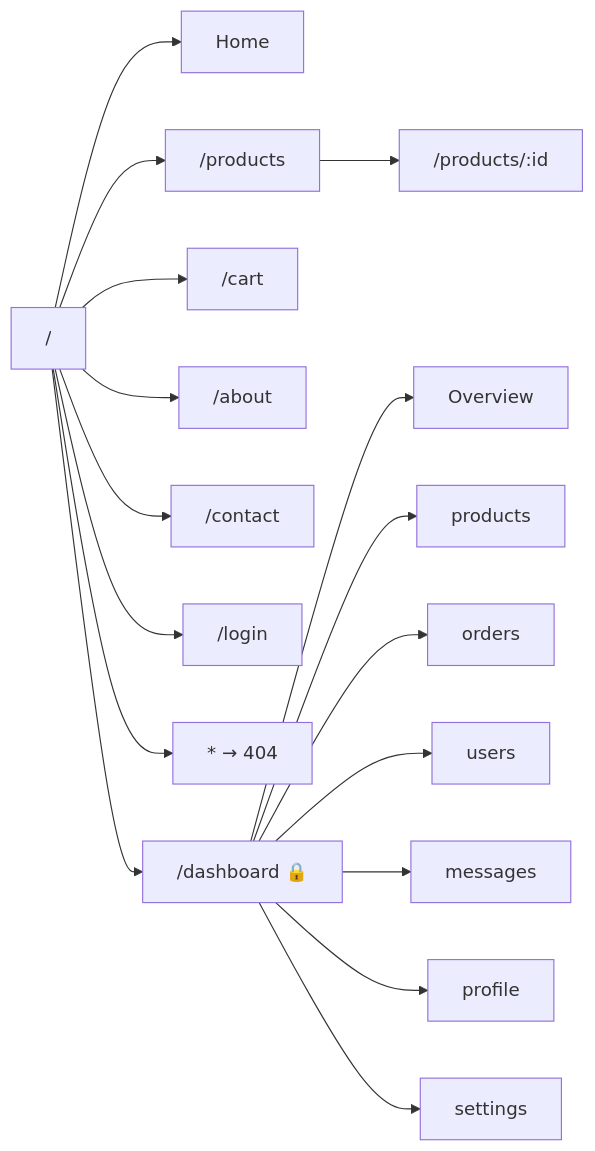
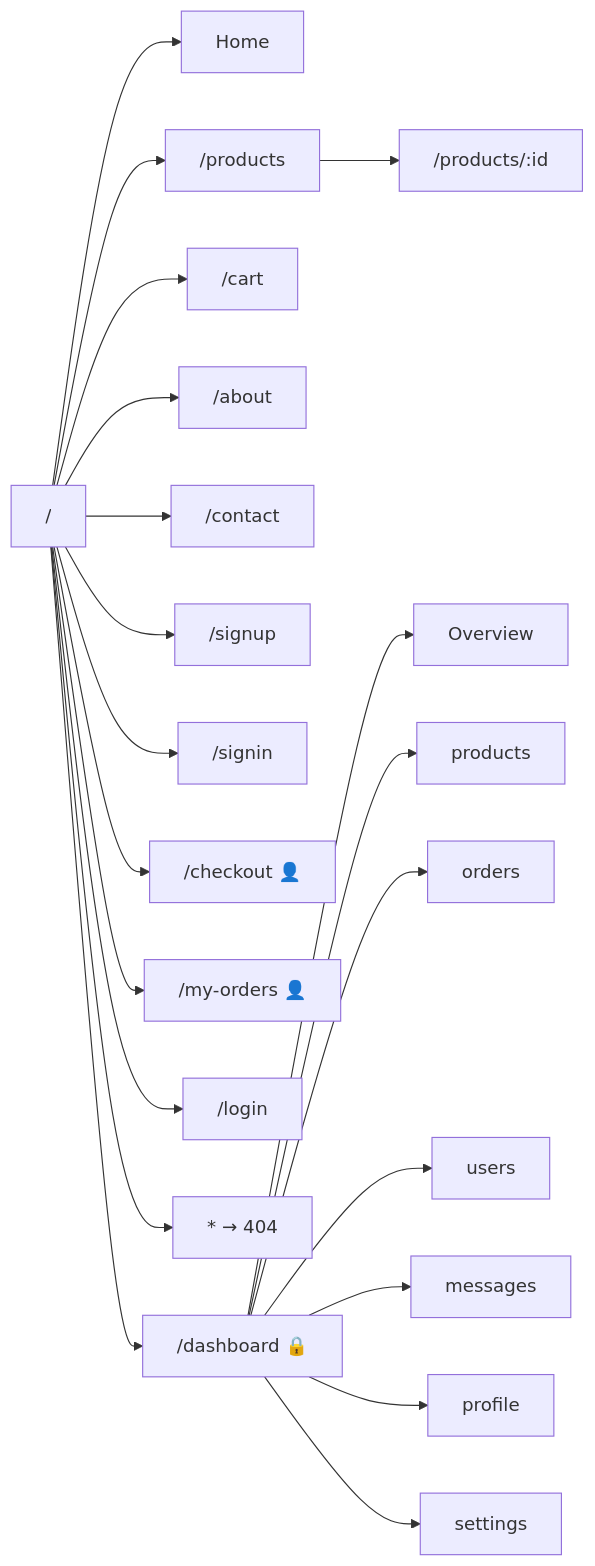
Before and after one commit to HassamKhan0826/React-E-Commerce-Admin-Management-System: the second of 5 diagrams in README.md, drawn with Mermaid. The commit also changed other lines of this file and 13 other files, not shown here.

````diff
--- a/README.md
+++ b/README.md
@@ -252,19 +284,23 @@
 ```mermaid
 flowchart LR
   R["/"] --> H["Home"]
   R --> P["/products"]
   P --> PD["/products/:id"]
   R --> C["/cart"]
   R --> A["/about"]
   R --> CO["/contact"]
+  R --> SU["/signup"]
+  R --> SI["/signin"]
+  R --> CH["/checkout 👤"]
+  R --> MO["/my-orders 👤"]
   R --> L["/login"]
   R --> NF["* → 404"]
   R --> D["/dashboard 🔒"]
   D --> D1["Overview"]
   D --> D2["products"]
   D --> D3["orders"]
   D --> D4["users"]
   D --> D5["messages"]
   D --> D6["profile"]
   D --> D7["settings"]
 ```
````
